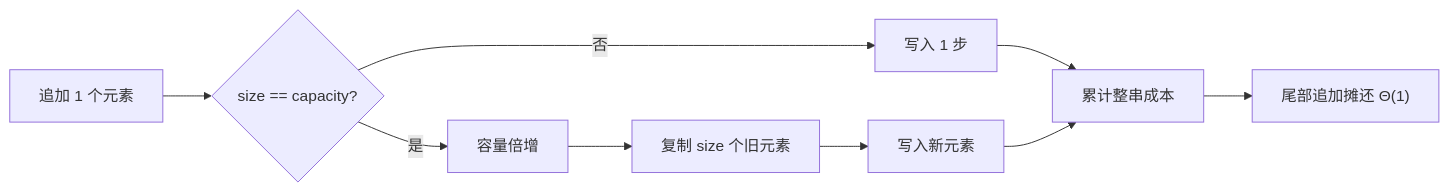
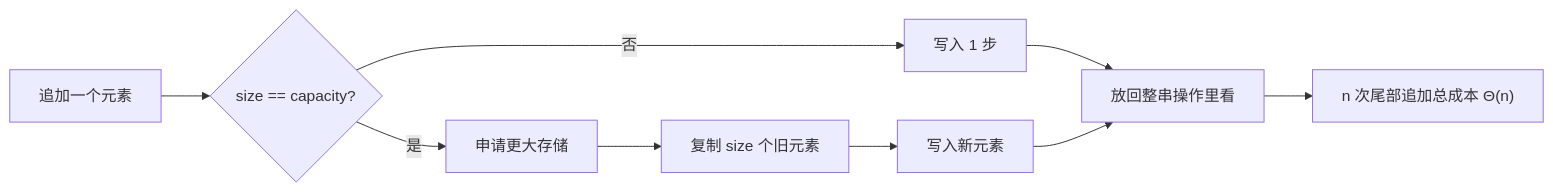
Before and after one commit to cafelemon/become_engineer: the diagram in learning-paths/cs-core/05-dynamic-array-capacity-amortized-cost.md, drawn with Mermaid. The commit also changed other lines of this file and 205 other files, not shown here.

````diff
--- a/learning-paths/cs-core/05-dynamic-array-capacity-amortized-cost.md
+++ b/learning-paths/cs-core/05-dynamic-array-capacity-amortized-cost.md
@@ -71,11 +109,11 @@
 ```mermaid
 flowchart LR
-    Append["追加 1 个元素"] --> Full{"size == capacity?"}
+    Append["追加一个元素"] --> Full{"size == capacity?"}
     Full -- "否" --> Cheap["写入 1 步"]
-    Full -- "是" --> Grow["容量倍增"]
+    Full -- "是" --> Grow["申请更大存储"]
     Grow --> Copy["复制 size 个旧元素"]
     Copy --> Write["写入新元素"]
-    Cheap --> Sequence["累计整串成本"]
-    Write --> Sequence
-    Sequence --> Amortized["尾部追加摊还 Θ(1)"]
+    Cheap --> Series["放回整串操作里看"]
+    Write --> Series
+    Series --> Result["n 次尾部追加总成本 Θ(n)"]
 ```
````
